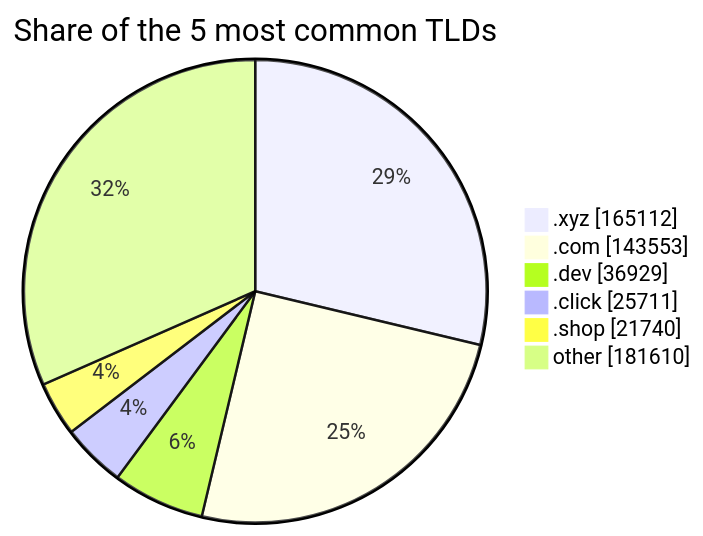
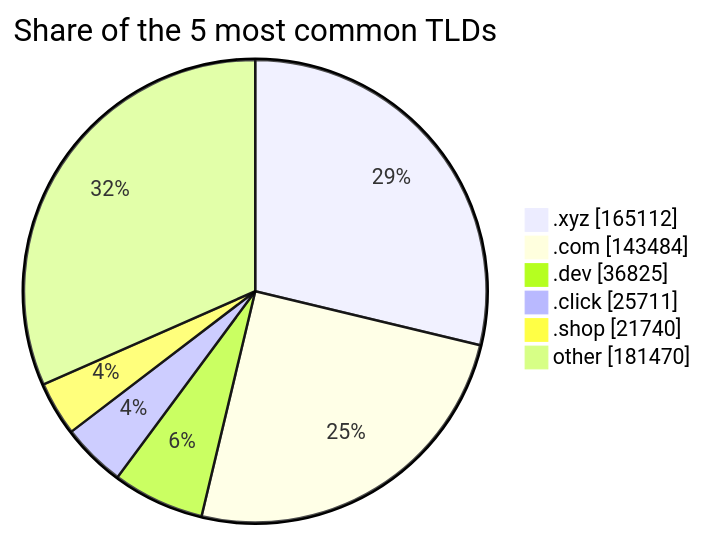
Before and after one commit to DNSBunker/CTI: the third of 3 diagrams in README.md, drawn with Mermaid. The commit also changed other lines of this file and 3 other files, not shown here.

````diff
--- a/README.md
+++ b/README.md
@@ -81,9 +81,9 @@
 ```mermaid
 pie showData title Share of the 5 most common TLDs
     ".xyz" : 165112
-    ".com" : 143553
-    ".dev" : 36929
+    ".com" : 143484
+    ".dev" : 36825
     ".click" : 25711
     ".shop" : 21740
-    "other" : 181610
+    "other" : 181470
 ```
````
